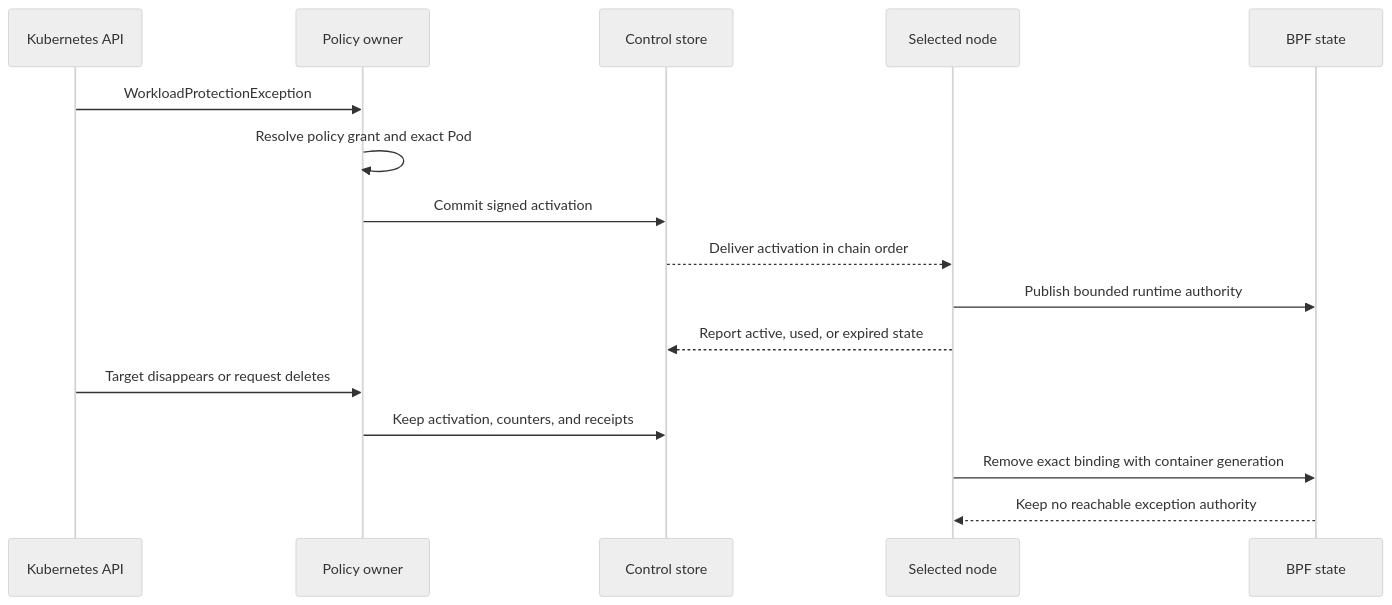
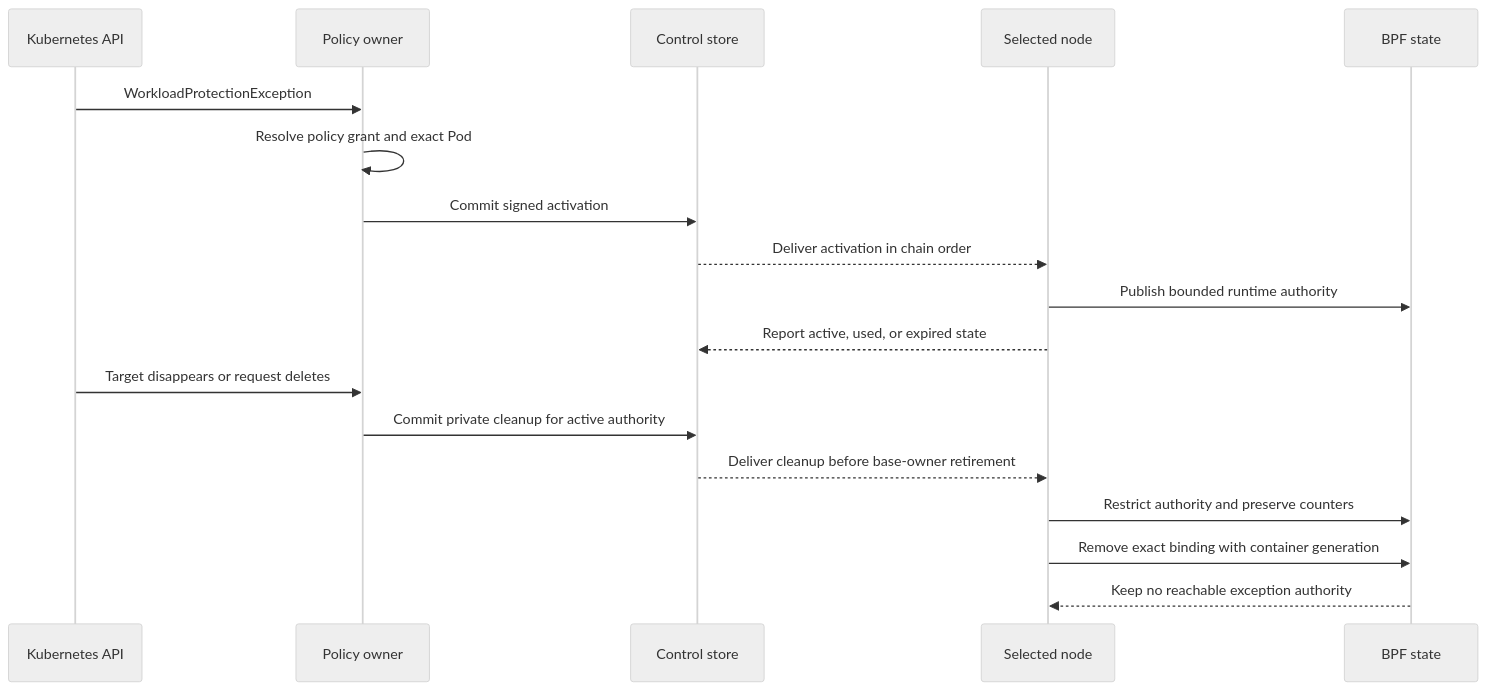
Before and after one commit to Ereborlabs/erebor-runtime: the second of 5 diagrams in docs/plans/mithril-hugging-face-intrusion-prevention/phase-6-2-implementation-review.md, drawn with Mermaid (neutral theme). The commit also changed other lines of this file and 5 other files, not shown here.

````diff
--- a/docs/plans/mithril-hugging-face-intrusion-prevention/phase-6-2-implementation-review.md
+++ b/docs/plans/mithril-hugging-face-intrusion-prevention/phase-6-2-implementation-review.md
@@ -684,18 +684,20 @@
 ```mermaid
 sequenceDiagram
     participant API as Kubernetes API
     participant Desired as Policy owner
     participant Store as Control store
     participant Node as Selected node
     participant Kernel as BPF state
     API->>Desired: WorkloadProtectionException
     Desired->>Desired: Resolve policy grant and exact Pod
     Desired->>Store: Commit signed activation
     Store-->>Node: Deliver activation in chain order
     Node->>Kernel: Publish bounded runtime authority
     Node-->>Store: Report active, used, or expired state
     API->>Desired: Target disappears or request deletes
-    Desired->>Store: Keep activation, counters, and receipts
+    Desired->>Store: Commit private cleanup for active authority
+    Store-->>Node: Deliver cleanup before base-owner retirement
+    Node->>Kernel: Restrict authority and preserve counters
     Node->>Kernel: Remove exact binding with container generation
     Kernel-->>Node: Keep no reachable exception authority
 ```
````
